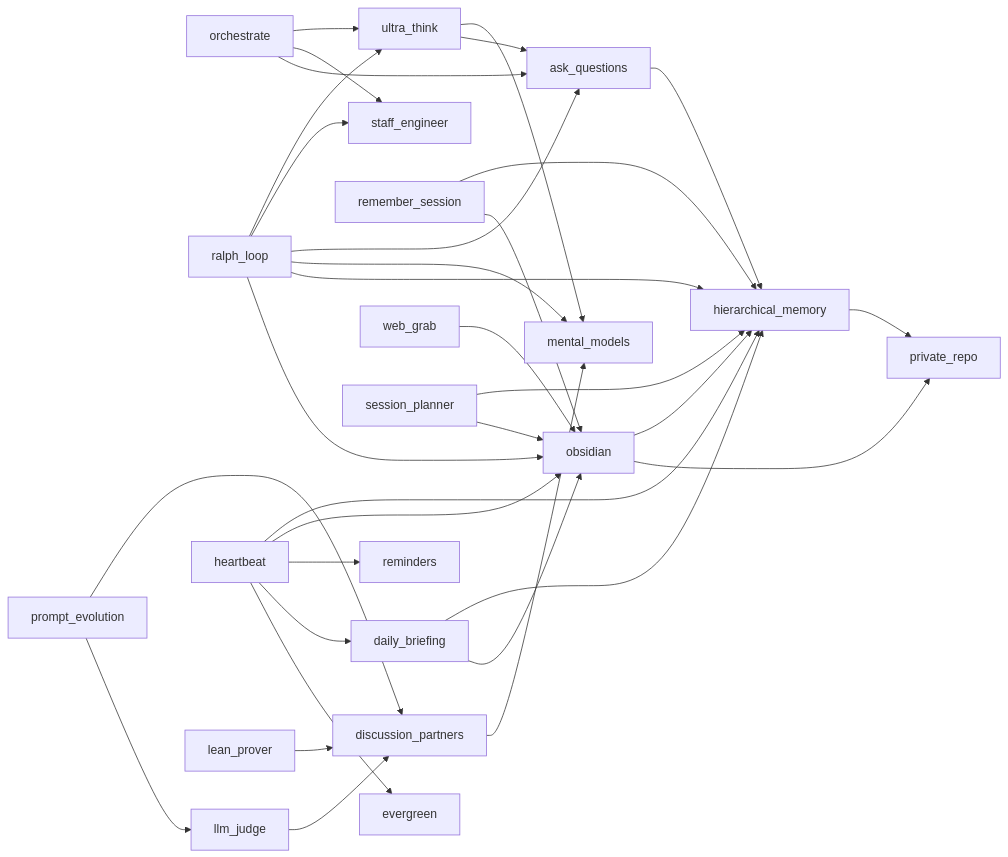
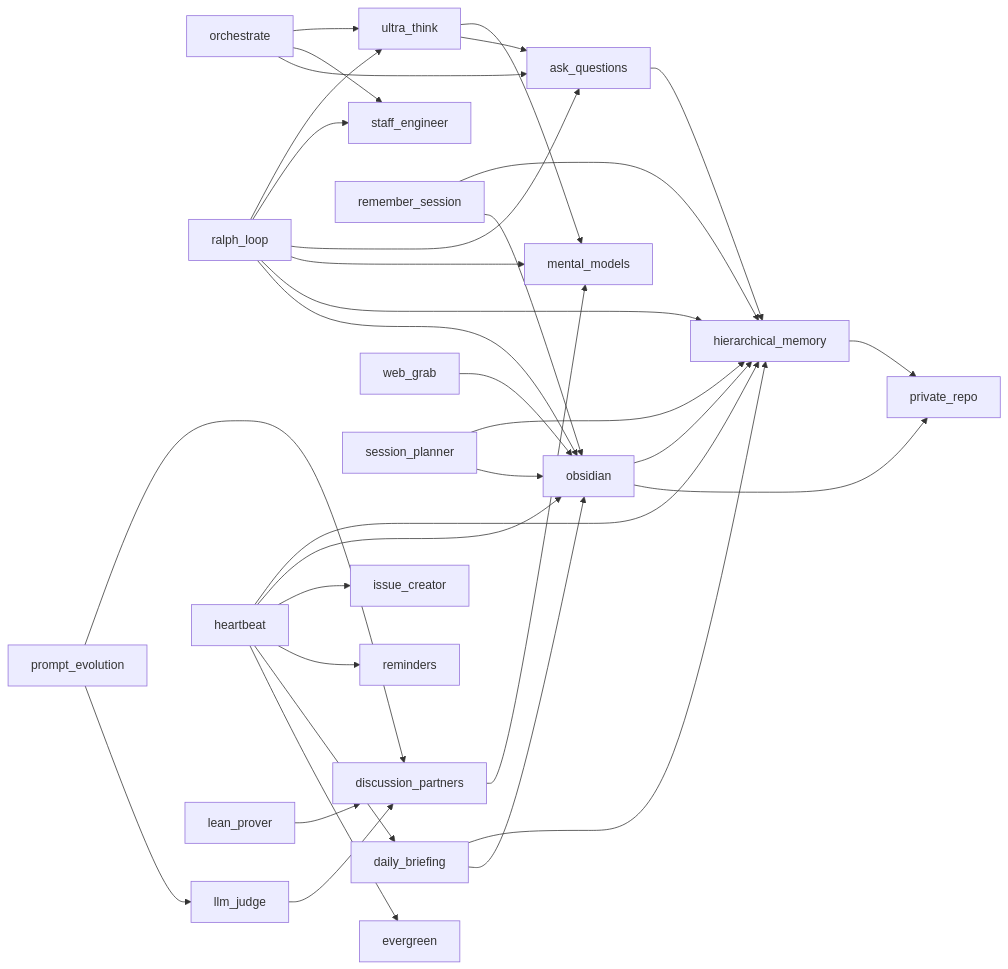
Before and after one commit to zachmayer/skills: the diagram in README.md, drawn with Mermaid. The commit also changed other lines of this file and 2 other files, not shown here.

Commit message:
Add issue_creator skill for Tier 4 triage mode (#168)

````diff
--- a/README.md
+++ b/README.md
@@ -97,35 +98,36 @@
 ```mermaid
 graph LR
     orchestrate --> ultra_think
     orchestrate --> staff_engineer
     orchestrate --> ask_questions
     ralph_loop --> ultra_think
     ralph_loop --> staff_engineer
     ralph_loop --> ask_questions
     ralph_loop --> mental_models
     ralph_loop --> hierarchical_memory
     ralph_loop --> obsidian
     ultra_think --> mental_models
     ultra_think --> ask_questions
     ask_questions --> hierarchical_memory
     prompt_evolution --> discussion_partners
     prompt_evolution --> llm_judge
     llm_judge --> discussion_partners
     discussion_partners --> mental_models
     remember_session --> hierarchical_memory
     remember_session --> obsidian
     heartbeat --> hierarchical_memory
     heartbeat --> obsidian
+    heartbeat --> issue_creator
     heartbeat --> reminders
     heartbeat --> daily_briefing
     heartbeat --> evergreen
     obsidian --> hierarchical_memory
     obsidian --> private_repo
     hierarchical_memory --> private_repo
     web_grab --> obsidian
     lean_prover --> discussion_partners
     session_planner --> hierarchical_memory
     session_planner --> obsidian
     daily_briefing --> hierarchical_memory
     daily_briefing --> obsidian
 ```
````
